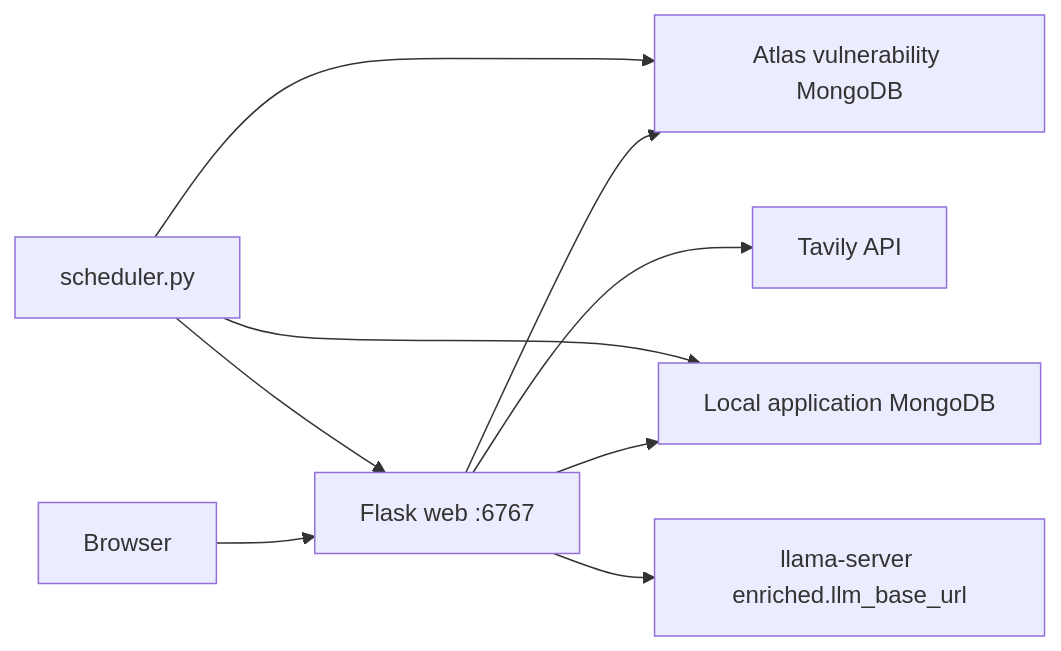
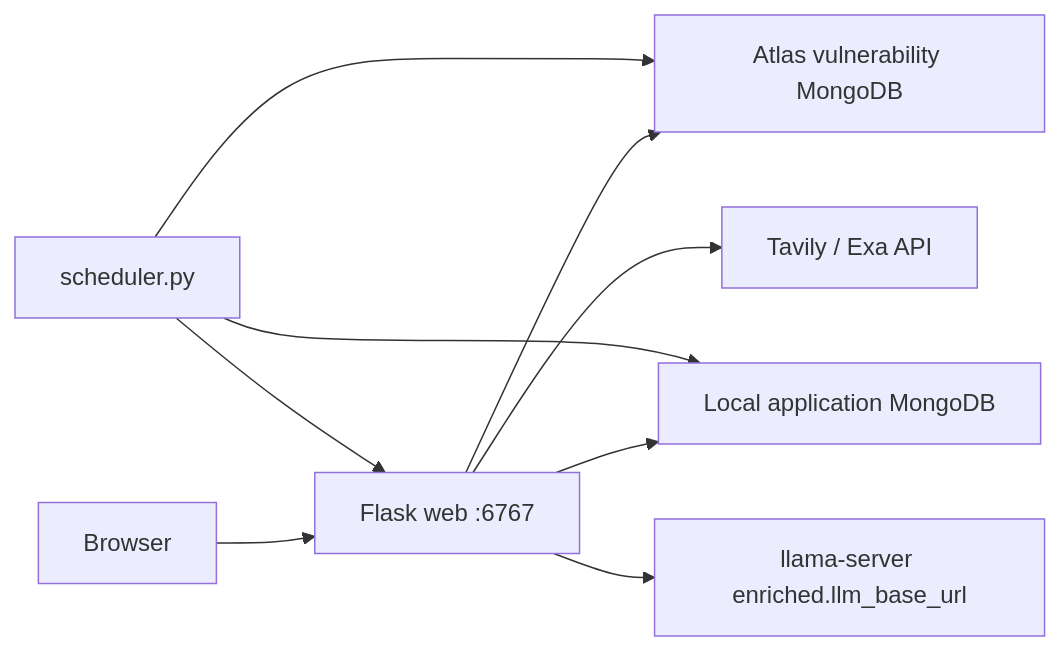
Before and after one commit to Benchan691/VulnBrief: the diagram in README.md, drawn with Mermaid. The commit also changed other lines of this file and 19 other files, not shown here.

First line of the commit message:
Enhance enriched report generation with support for Exa API and configuration updates

````diff
--- a/README.md
+++ b/README.md
@@ -14,11 +14,11 @@
 ```mermaid
 flowchart LR
   Browser --> Web["Flask web :6767"]
   Web --> Atlas["Atlas vulnerability MongoDB"]
   Web --> LocalMongo["Local application MongoDB"]
-  Web --> Tavily["Tavily API"]
+  Web --> Search["Tavily / Exa API"]
   Web --> Llama["llama-server enriched.llm_base_url"]
   Scheduler["scheduler.py"] --> Atlas
   Scheduler --> LocalMongo
   Scheduler --> Web
 ```
````
